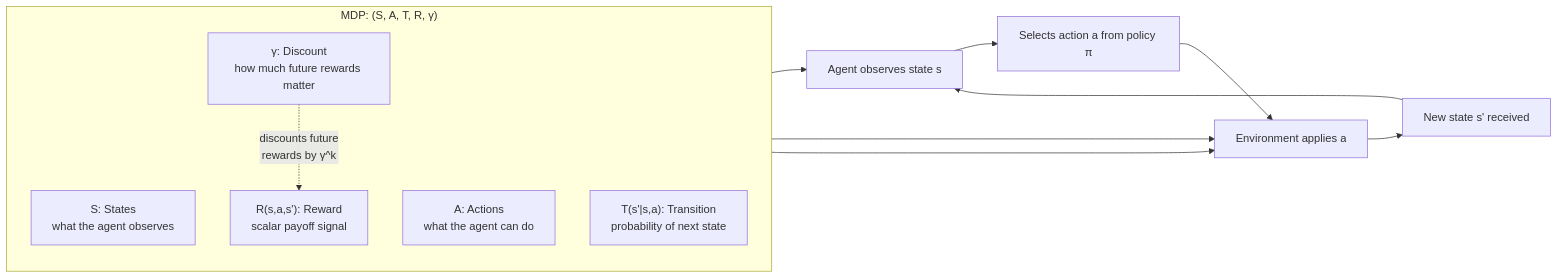
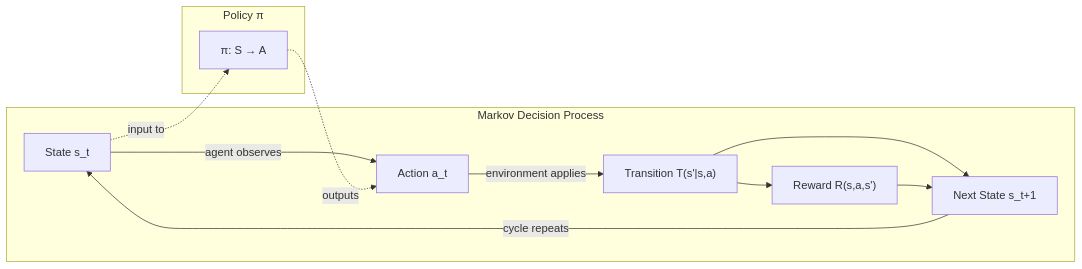
The diagram in stages/02-lesson-injection/output/hybrid-lessons/09-reinforcement-learning/01-mdps-states-actions-rewards/docs/en.md (BlueSkyGTM/full-stack-gtm), drawn with Mermaid before and after one commit. The commit also changed other lines of this file and 454 other files, not shown here.

````diff
--- a/stages/02-lesson-injection/output/hybrid-lessons/09-reinforcement-learning/01-mdps-states-actions-rewards/docs/en.md
+++ b/stages/02-lesson-injection/output/hybrid-lessons/09-reinforcement-learning/01-mdps-states-actions-rewards/docs/en.md
@@ -34,20 +38,18 @@
 ```mermaid
 flowchart LR
-    subgraph Tuple["MDP: (S, A, T, R, γ)"]
-        direction TB
-        S["S: States<br/>what the agent observes"]
-        A["A: Actions<br/>what the agent can do"]
-        T["T(s'|s,a): Transition<br/>probability of next state"]
-        R["R(s,a,s'): Reward<br/>scalar payoff signal"]
-        G["γ: Discount<br/>how much future rewards matter"]
+    subgraph MDP["Markov Decision Process"]
+        S["State s_t"] -->|agent observes| A["Action a_t"]
+        A -->|environment applies| T["Transition T(s'|s,a)"]
+        T --> R["Reward R(s,a,s')"]
+        T --> S2["Next State s_t+1"]
+        R --> S2
+        S2 -->|cycle repeats| S
     end
 
-    S --> Agent["Agent observes state s"]
-    Agent --> Action["Selects action a from policy π"]
-    Action --> Env["Environment applies a"]
-    T --> Env
-    R --> Env
-    Env --> NewState["New state s' received"]
-    NewState --> Agent
-    G -.->|"discounts future<br/>rewards by γ^k"| R
+    subgraph Policy["Policy π"]
+        P["π: S → A"]
+    end
+
+    S -.->|input to| P
+    P -.->|outputs| A
 ```
````
